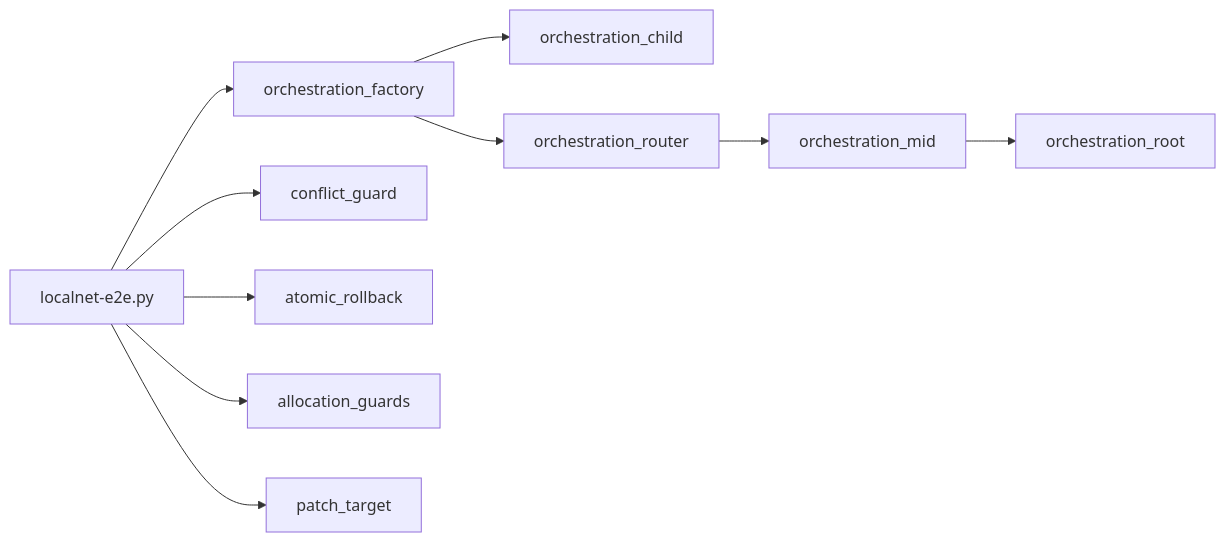
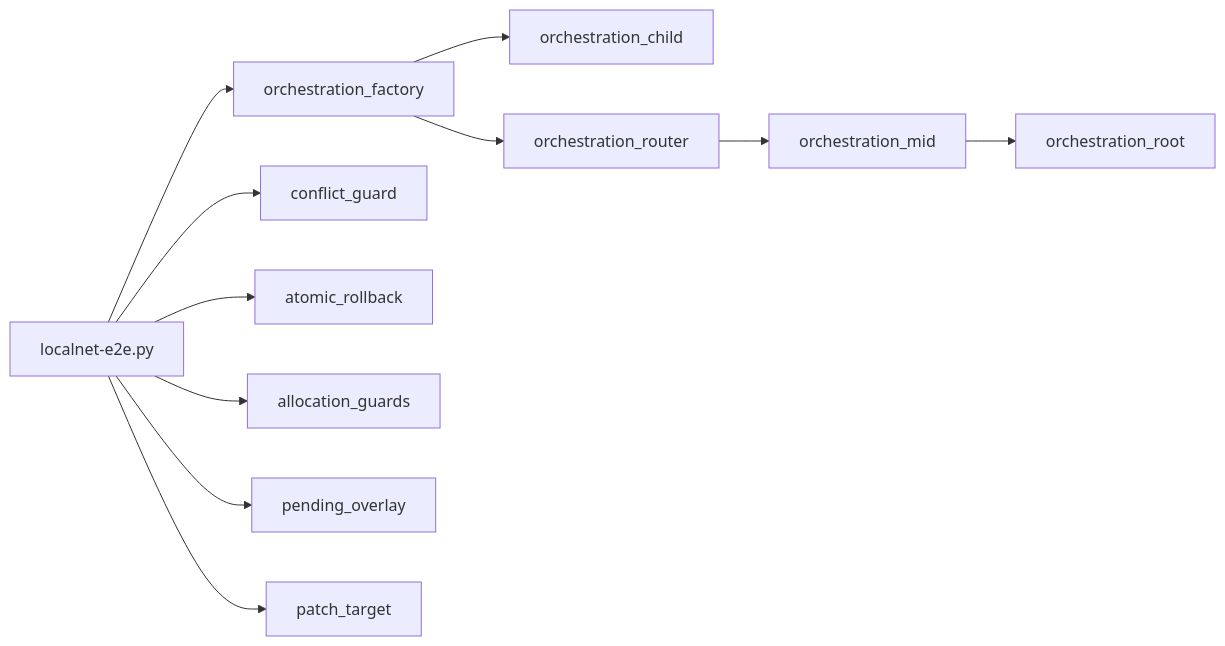
The diagram in workloads/e2e/README.md (xian-technology/xian-stack), drawn with Mermaid before and after one commit. The commit also changed other lines of this file and 4 other files, not shown here.

Commit message:
Add pending overlay e2e canary

````diff
--- a/workloads/e2e/README.md
+++ b/workloads/e2e/README.md
@@ -19,12 +23,13 @@
 ```mermaid
 flowchart LR
   E2E["localnet-e2e.py"] --> Factory["orchestration_factory"]
   Factory --> Child["orchestration_child"]
   Factory --> Router["orchestration_router"]
   Router --> Mid["orchestration_mid"]
   Mid --> Root["orchestration_root"]
   E2E --> Conflict["conflict_guard"]
   E2E --> Atomic["atomic_rollback"]
   E2E --> Allocation["allocation_guards"]
+  E2E --> Overlay["pending_overlay"]
   E2E --> Patch["patch_target"]
 ```
````
